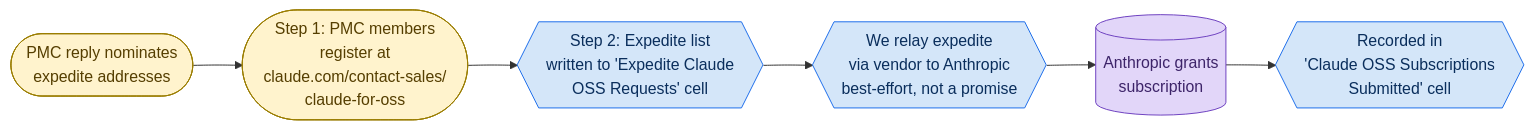
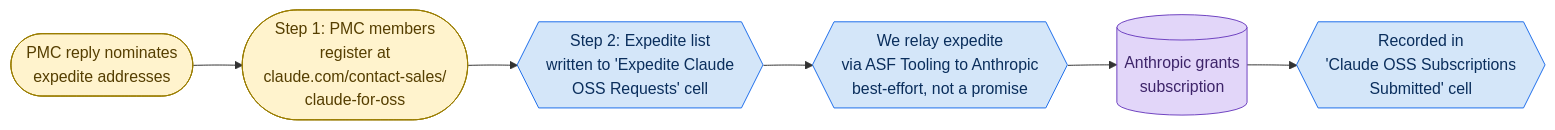
One commit to raboof/apache-security-dash changed the second of 5 diagrams in README.md. Above: the diagram before and after it, drawn with Mermaid. The commit also changed other lines of this file and 16 other files, not shown here.

````diff
--- a/README.md
+++ b/README.md
@@ -142,12 +146,12 @@
 ```mermaid
 flowchart LR
     PR2([PMC reply nominates<br/>expedite addresses]):::pmc --> REG([Step 1: PMC members<br/>register at<br/>claude.com/contact-sales/<br/>claude-for-oss]):::pmc
     REG --> CELL{{Step 2: Expedite list<br/>written to 'Expedite Claude<br/>OSS Requests' cell}}:::skill
-    CELL --> RELAY{{We relay expedite<br/>via vendor to Anthropic<br/>best-effort, not a promise}}:::skill
-    RELAY --> A2[(Anthropic grants<br/>subscription)]:::vendor
+    CELL --> RELAY{{We relay expedite<br/>via ASF Tooling to Anthropic<br/>best-effort, not a promise}}:::skill
+    RELAY --> A2[(Anthropic grants<br/>subscription)]:::tooling
     A2 --> REC{{Recorded in<br/>'Claude OSS Subscriptions<br/>Submitted' cell}}:::skill
 
     classDef pmc fill:#fff3cd,stroke:#9a7d00,color:#553e00
     classDef skill fill:#d4e6f9,stroke:#1f6feb,color:#0a2e5c
-    classDef vendor fill:#e2d6f9,stroke:#6f42c1,color:#3d2469
+    classDef tooling fill:#e2d6f9,stroke:#6f42c1,color:#3d2469
 ```
````
